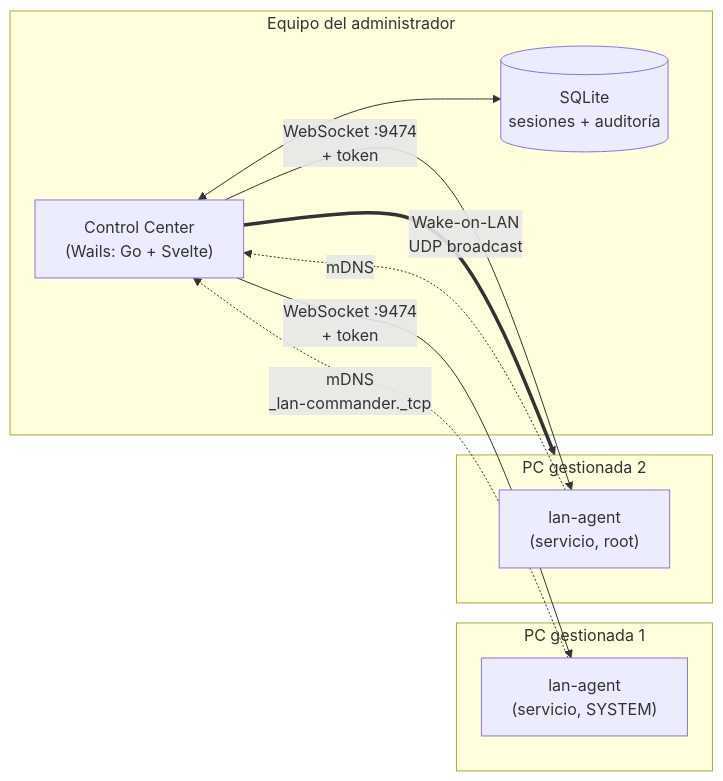
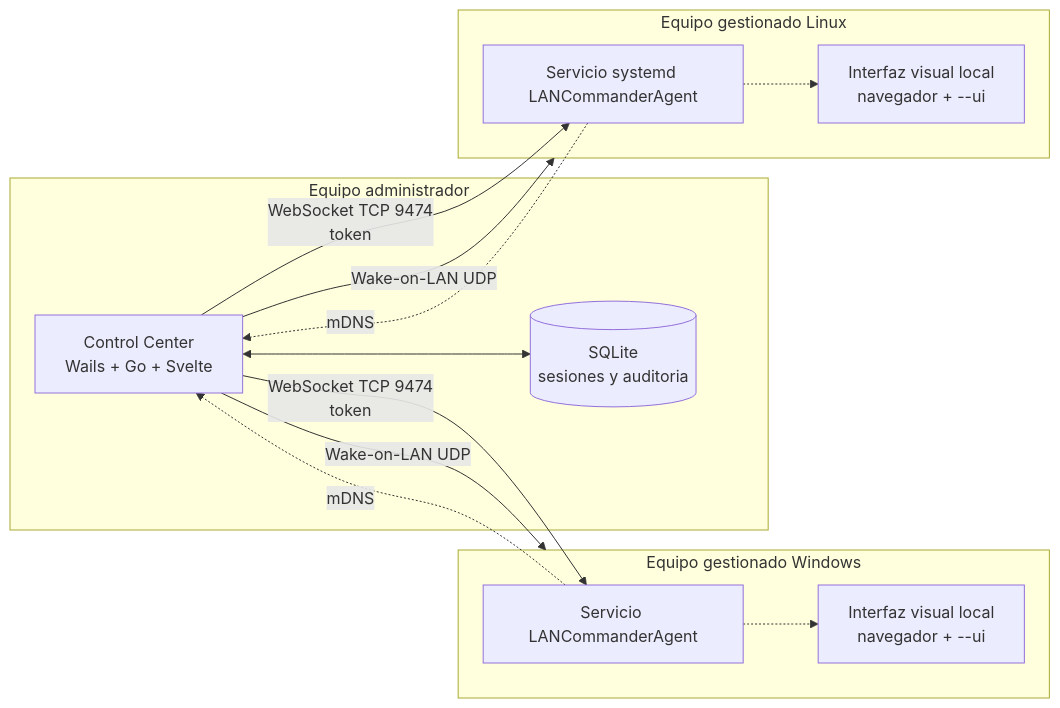
One commit to PR3S1G4zZ/lan-commander changed the first of 5 diagrams in README.md. Above: the diagram before and after it, drawn with Mermaid. The commit also changed other lines of this file and 11 other files, not shown here.

````diff
--- a/README.md
+++ b/README.md
@@ -37,22 +32,27 @@
 ```mermaid
 graph LR
-    subgraph admin["Equipo del administrador"]
-        CC["Control Center<br/>(Wails: Go + Svelte)"]
-        DB[("SQLite<br/>sesiones + auditoría")]
+    subgraph admin["Equipo administrador"]
+        CC["Control Center<br/>Wails + Go + Svelte"]
+        DB[("SQLite<br/>sesiones y auditoria")]
         CC <--> DB
     end
 
-    subgraph pc1["PC gestionada 1"]
-        A1["lan-agent<br/>(servicio, SYSTEM)"]
+    subgraph win["Equipo gestionado Windows"]
+        WS["Servicio LANCommanderAgent"]
+        WUI["Interfaz visual local<br/>navegador + --ui"]
+        WS -.-> WUI
     end
 
-    subgraph pc2["PC gestionada 2"]
-        A2["lan-agent<br/>(servicio, root)"]
+    subgraph linux["Equipo gestionado Linux"]
+        LS["Servicio systemd LANCommanderAgent"]
+        LUI["Interfaz visual local<br/>navegador + --ui"]
+        LS -.-> LUI
     end
 
-    CC -->|"WebSocket :9474<br/>+ token"| A1
-    CC -->|"WebSocket :9474<br/>+ token"| A2
-    A1 -.->|"mDNS<br/>_lan-commander._tcp"| CC
-    A2 -.->|"mDNS"| CC
-    CC ==>|"Wake-on-LAN<br/>UDP broadcast"| pc2
+    CC -->|"WebSocket TCP 9474<br/>token"| WS
+    CC -->|"WebSocket TCP 9474<br/>token"| LS
+    WS -.->|"mDNS"| CC
+    LS -.->|"mDNS"| CC
+    CC -->|"Wake-on-LAN UDP"| win
+    CC -->|"Wake-on-LAN UDP"| linux
 ```
````
